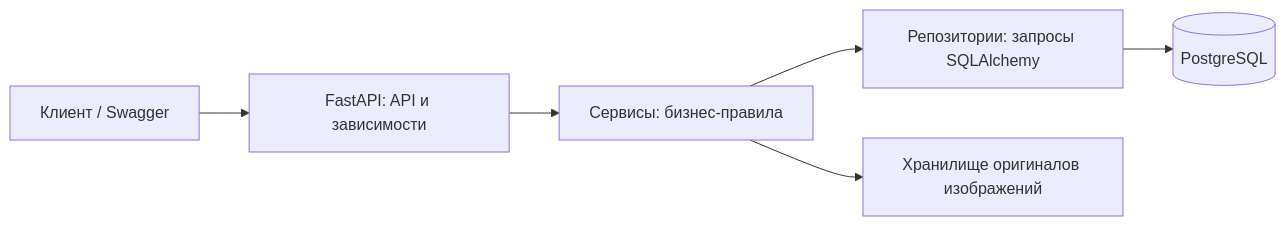
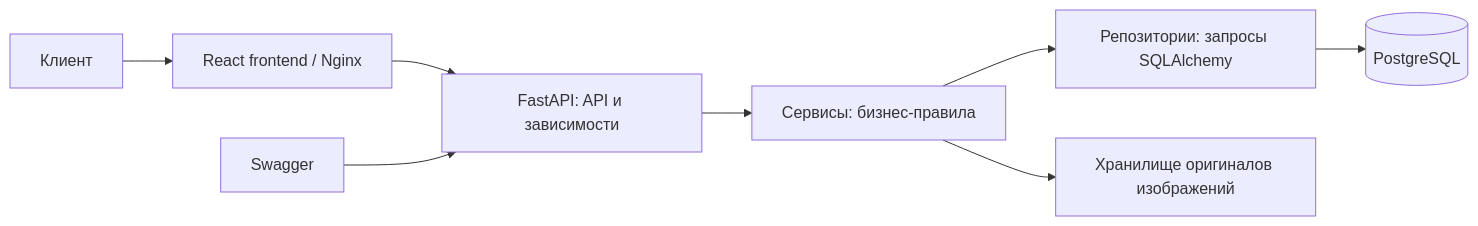
The first of 2 diagrams in README.md (MrSuIR/EasyBook), drawn with Mermaid before and after one commit. The commit also changed other lines of this file and 31 other files, not shown here.

Commit message:
Add React frontend and expanded demo catalog

````diff
--- a/README.md
+++ b/README.md
@@ -21,8 +23,10 @@
 ```mermaid
 flowchart LR
-    C["Клиент / Swagger"] --> A["FastAPI: API и зависимости"]
+    C["Клиент"] --> W["React frontend / Nginx"]
+    W --> A["FastAPI: API и зависимости"]
+    D["Swagger"] --> A
     A --> S["Сервисы: бизнес-правила"]
     S --> R["Репозитории: запросы SQLAlchemy"]
     R --> P[(PostgreSQL)]
     S --> F["Хранилище оригиналов изображений"]
 ```
````
